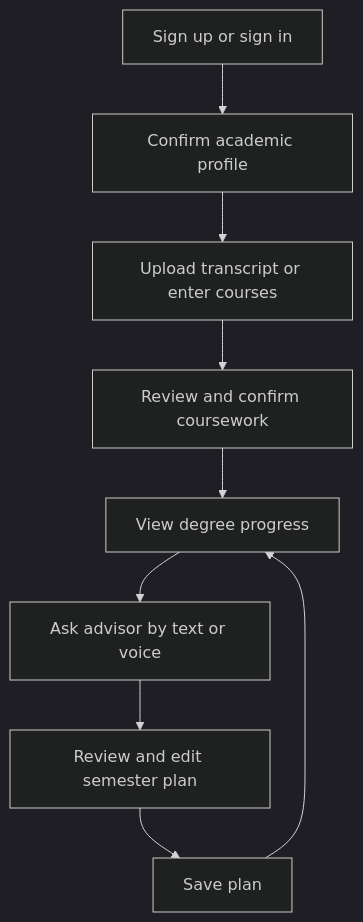
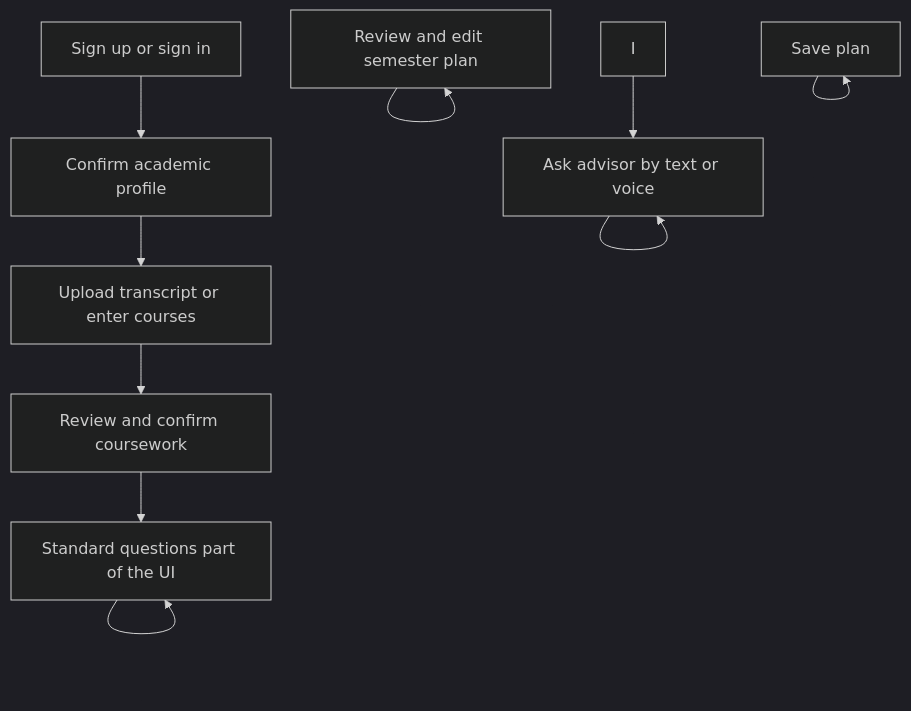
The first of 2 diagrams in README.md (swishpaul23/myadvisor), drawn with Mermaid (dark theme) before and after one commit. The commit also changed other lines of this file and 2 other files, not shown here.

````diff
--- a/README.md
+++ b/README.md
@@ -41,11 +42,12 @@
 ```mermaid
 flowchart TD
     A[Sign up or sign in] --> B[Confirm academic profile]
     B --> C[Upload transcript or enter courses]
     C --> D[Review and confirm coursework]
     D --> E[View degree progress]
-    E --> F[Ask advisor by text or voice]
-    F --> G[Review and edit semester plan]
-    G --> H[Save plan]
-    H --> E
+    E --> E[Standard questions part of the UI]
+    F --> F[Ask advisor by text or voice]
+    G --> G[Review and edit semester plan]
+    H --> H[Save plan]
+    I --> F
 ```
````
